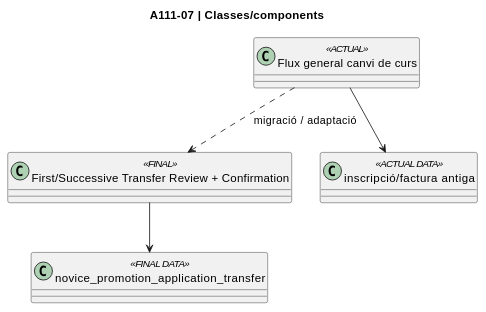
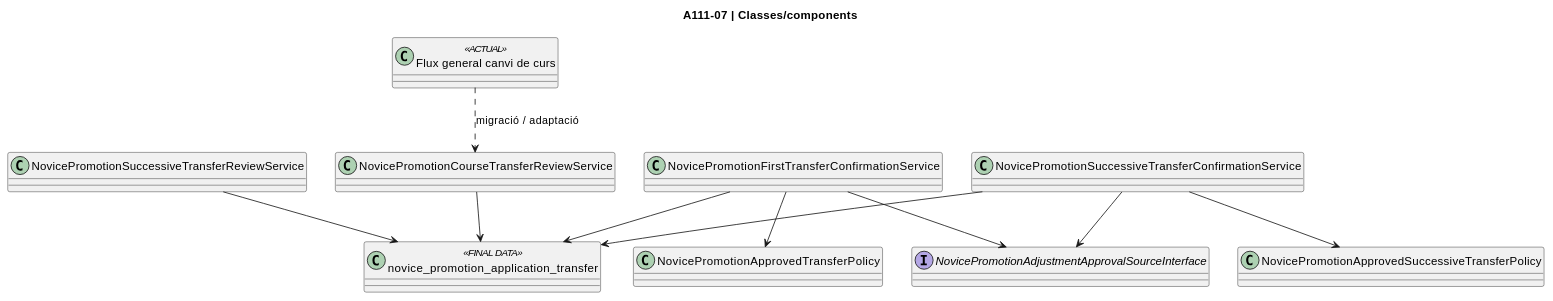
Diagram 26 of 48 in documentacio/07-uml-integrat/uc-111-diagrames-per-accio.md (orgmeriemprismacat-del/verifactu), drawn with PlantUML before and after one commit. The commit also changed other lines of this file, not shown here.

Commit message:
docs UC-111 action class diagrams: replace composite placeholders with exact transfer, lineage and refund services/policies

````diff
--- a/documentacio/07-uml-integrat/uc-111-diagrames-per-accio.md
+++ b/documentacio/07-uml-integrat/uc-111-diagrames-per-accio.md
@@ -509,12 +509,23 @@
 ```plantuml
 @startuml
 title A111-07 | Classes/components
 class "Flux general canvi de curs" as Legacy <<ACTUAL>>
-class "First/Successive Transfer Review + Confirmation" as Final <<FINAL>>
-class "inscripció/factura antiga" as LegacyDB <<ACTUAL DATA>>
+class NovicePromotionCourseTransferReviewService
+class NovicePromotionFirstTransferConfirmationService
+class NovicePromotionSuccessiveTransferReviewService
+class NovicePromotionSuccessiveTransferConfirmationService
+class NovicePromotionApprovedTransferPolicy
+class NovicePromotionApprovedSuccessiveTransferPolicy
+interface NovicePromotionAdjustmentApprovalSourceInterface
 class "novice_promotion_application_transfer" as SIFDB <<FINAL DATA>>
-Legacy --> LegacyDB
-Legacy ..> Final : migració / adaptació
-Final --> SIFDB
+Legacy ..> NovicePromotionCourseTransferReviewService : migració / adaptació
+NovicePromotionCourseTransferReviewService --> SIFDB
+NovicePromotionFirstTransferConfirmationService --> SIFDB
+NovicePromotionSuccessiveTransferReviewService --> SIFDB
+NovicePromotionSuccessiveTransferConfirmationService --> SIFDB
+NovicePromotionFirstTransferConfirmationService --> NovicePromotionApprovedTransferPolicy
+NovicePromotionSuccessiveTransferConfirmationService --> NovicePromotionApprovedSuccessiveTransferPolicy
+NovicePromotionFirstTransferConfirmationService --> NovicePromotionAdjustmentApprovalSourceInterface
+NovicePromotionSuccessiveTransferConfirmationService --> NovicePromotionAdjustmentApprovalSourceInterface
 @enduml
 ```
````
